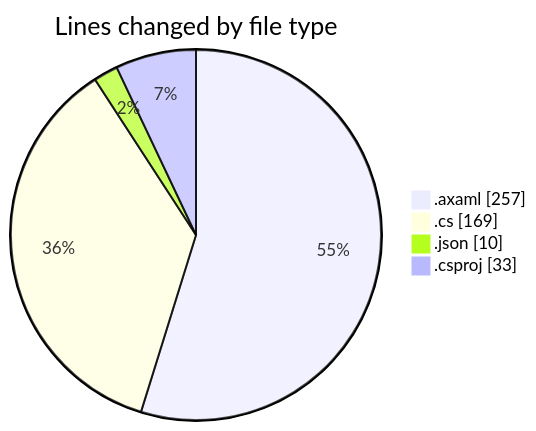
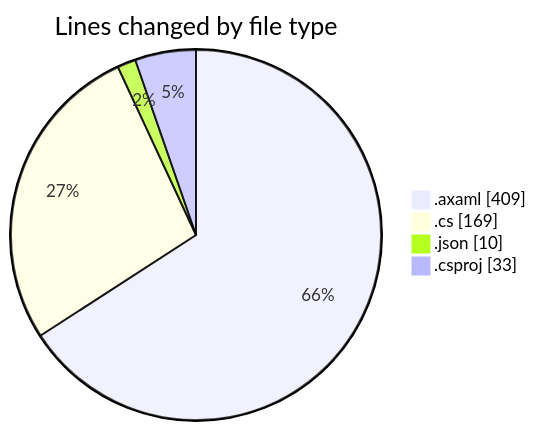
Before and after one commit to Netris89/code-tracking: the first of 2 diagrams in 2025-10-21/skintrack/README.md, drawn with Mermaid. The commit also changed other lines of this file and 1 other file, not shown here.

````diff
--- a/2025-10-21/skintrack/README.md
+++ b/2025-10-21/skintrack/README.md
@@ -28,8 +29,8 @@
 ```mermaid
 pie showData
 title Lines changed by file type
-".axaml" : 257
+".axaml" : 409
 ".cs" : 169
 ".json" : 10
 ".csproj" : 33
 ```
````
